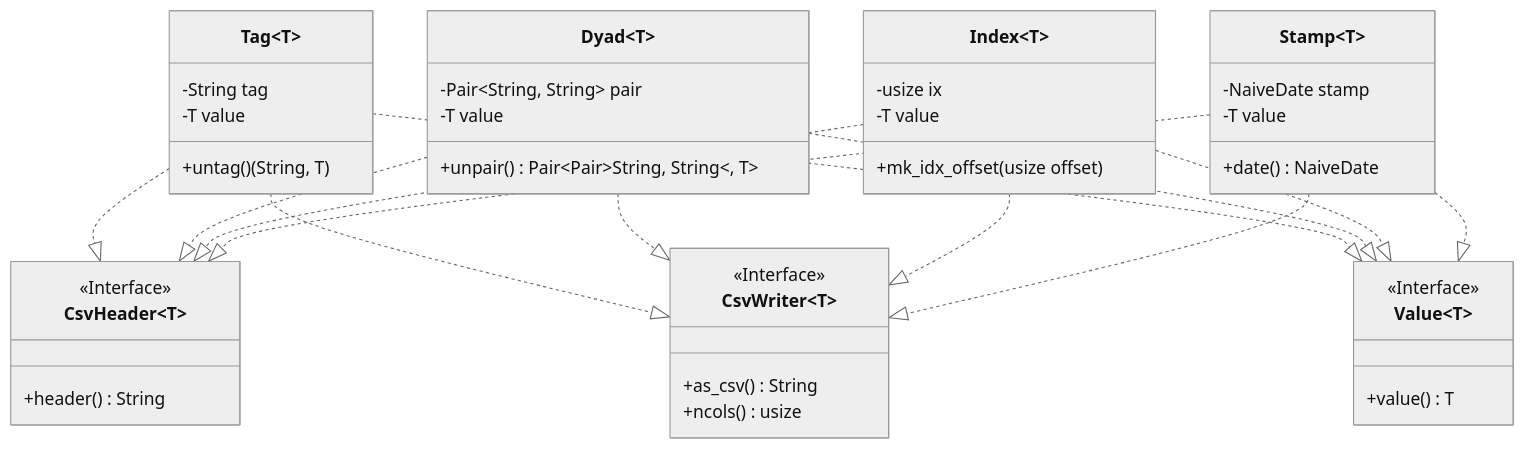
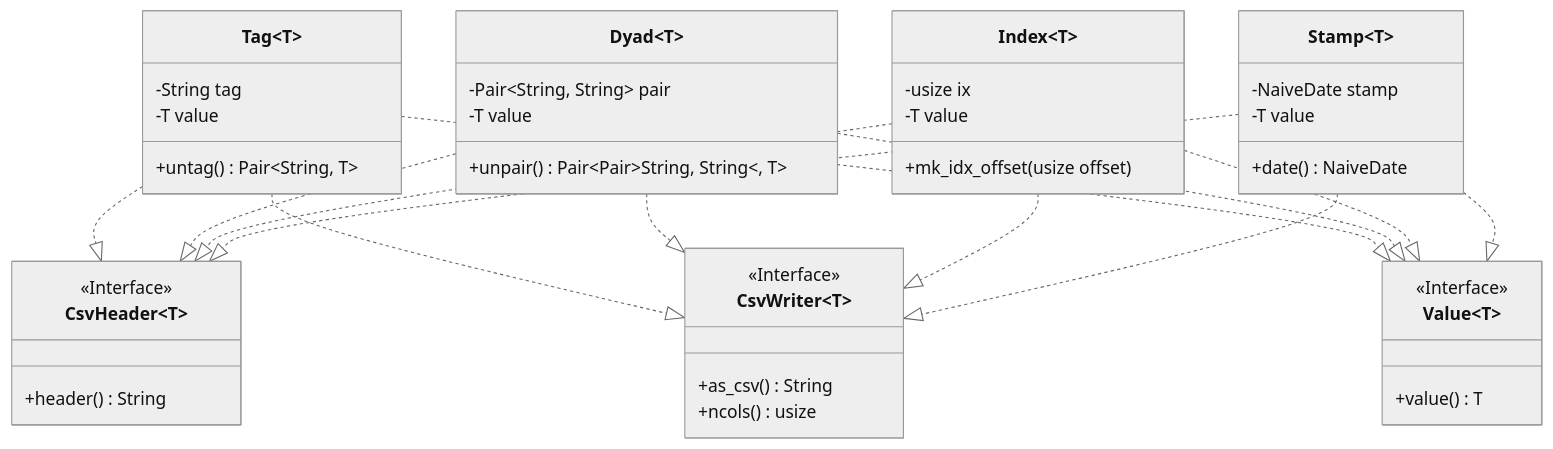
Before and after one commit to logicalgraphs/crypto-n-rust: the diagram in src/libs/book/types/README.md, drawn with Mermaid (neutral theme).

Commit message:
Made Value clickable to values.rs; removed one generic from inheritance-tree, 2026-01-25

````diff
--- a/src/libs/book/types/README.md
+++ b/src/libs/book/types/README.md
@@ -6,49 +6,50 @@
 ```mermaid
 classDiagram
 
 	class CsvHeader~T~{
 		<<Interface>>
 		+header() String
 	}
 	class CsvWriter~T~{
 		<<Interface>>
 		+as_csv() String
 		+ncols() usize
 	}
         class Value~T~{
 		<<Interface>>
                 +value() T
         }
 	class Tag~T~{
 		-String tag
 		-T value
-                +untag() (String, T)
+                +untag() Pair~String, T~
 	}
 	class Dyad~T~{
 		-Pair~String, String~ pair
 		-T value
 		+unpair() Pair~Pair~String, String~, T~
 	}
 	class Index~T~{
 		-usize ix
 		-T value
 		+mk_idx_offset(usize offset)
 	}
         class Stamp~T~{
 		-NaiveDate stamp
 		-T value
 		+date() NaiveDate
 	}
-	Tag~T~ ..|> CsvHeader~T~
+	Tag ..|> CsvHeader
 	Tag~T~ ..|> CsvWriter~T~
 	Tag~T~ ..|> Value~T~
 	Dyad~T~ ..|> CsvHeader~T~
 	Dyad~T~ ..|> CsvWriter~T~
 	Dyad~T~ ..|> Value~T~
 	Index~T~ ..|> CsvHeader~T~
 	Index~T~ ..|> CsvWriter~T~
 	Index~T~ ..|> Value~T~
 	Stamp~T~ ..|> CsvHeader~T~
 	Stamp~T~ ..|> CsvWriter~T~
 	Stamp~T~ ..|> Value~T~
+	click Value~T~ href "values.rs"
 ```
````
